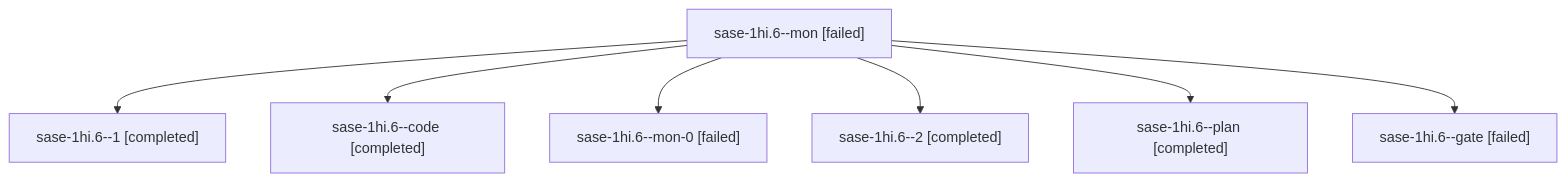
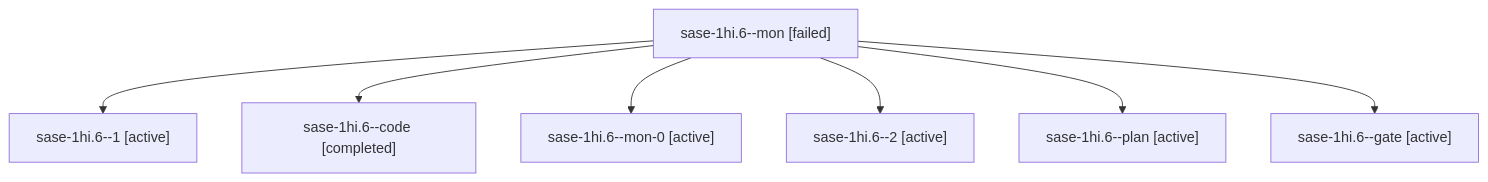
Before and after one commit to sase-org/sase--agents: the diagram in sessions/bbugyi200.apollo.sase-1hi.6.md, drawn with Mermaid. The commit also changed other lines of this file and 330 other files, not shown here.

````diff
--- a/sessions/bbugyi200.apollo.sase-1hi.6.md
+++ b/sessions/bbugyi200.apollo.sase-1hi.6.md
@@ -9,16 +9,16 @@
 ```mermaid
 flowchart TD
   n0["sase-1hi.6--mon [failed]"]
-  n1["sase-1hi.6--1 [completed]"]
+  n1["sase-1hi.6--1 [active]"]
   n0 --> n1
   n2["sase-1hi.6--code [completed]"]
   n0 --> n2
-  n3["sase-1hi.6--mon-0 [failed]"]
+  n3["sase-1hi.6--mon-0 [active]"]
   n0 --> n3
-  n4["sase-1hi.6--2 [completed]"]
+  n4["sase-1hi.6--2 [active]"]
   n0 --> n4
-  n5["sase-1hi.6--plan [completed]"]
+  n5["sase-1hi.6--plan [active]"]
   n0 --> n5
-  n6["sase-1hi.6--gate [failed]"]
+  n6["sase-1hi.6--gate [active]"]
   n0 --> n6
 ```
````
